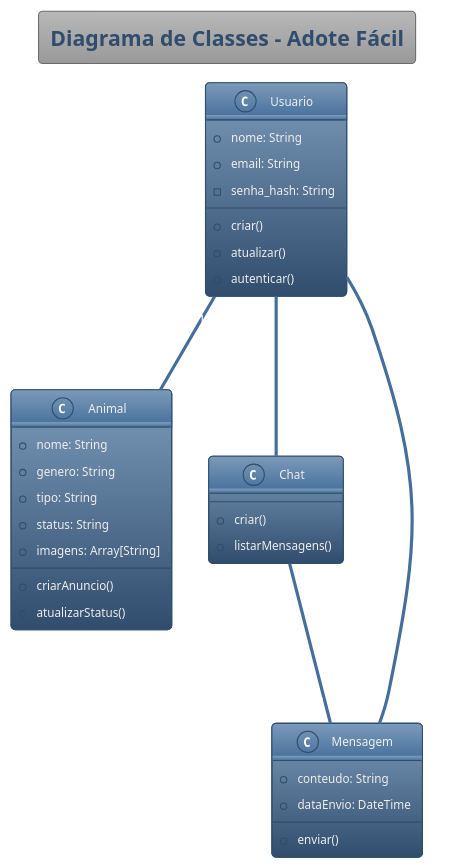
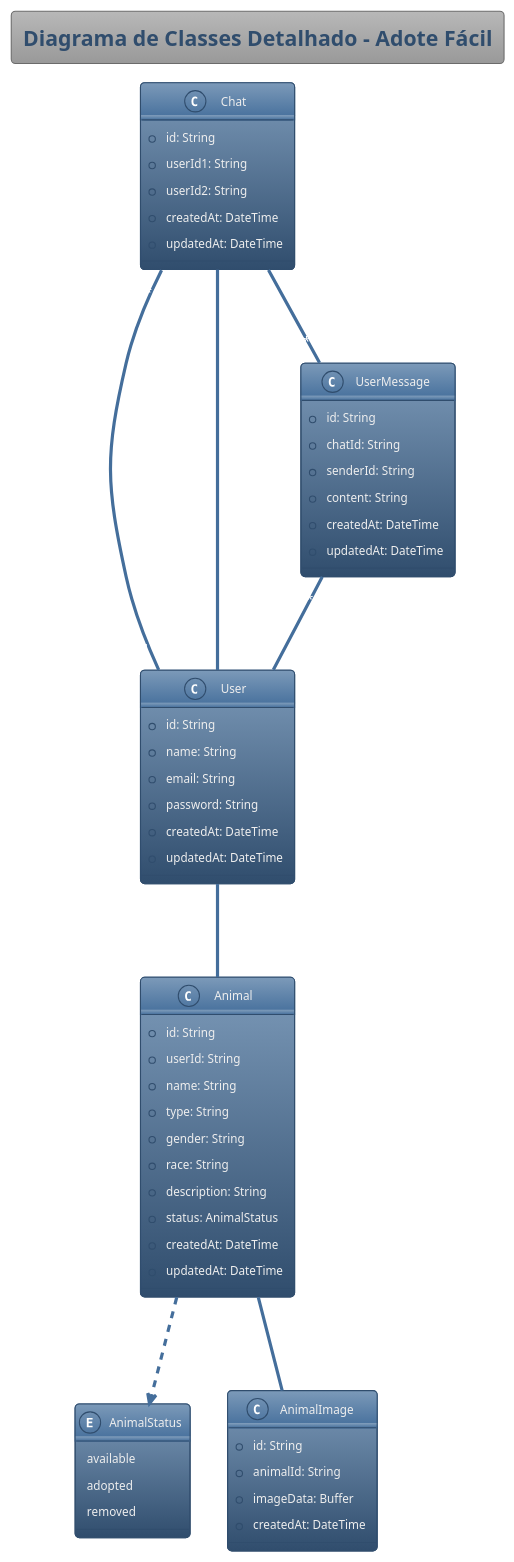
The diagram in diagramas/classes.plantuml (Vivian-Duarte/adote-facil), drawn with PlantUML before and after one commit.

```diff
--- a/diagramas/classes.plantuml
+++ b/diagramas/classes.plantuml
@@ -1,46 +1,70 @@
 @startuml
-title Diagrama de Classes - Adote Fácil
+
+title Diagrama de Classes Detalhado - Adote Fácil
 
 !theme spacelab
 
-class Usuario {
-  + nome: String
-  + email: String
-  - senha_hash: String
-  --
-  + criar()
-  + atualizar()
-  + autenticar()
+enum AnimalStatus {
+  available
+  adopted
+  removed
+}
+class User {
+  +id: String
+  +name: String
+  +email: String
+  +password: String
+  +createdAt: DateTime
+  +updatedAt: DateTime
 }
 
 class Animal {
-  + nome: String
-  + genero: String
-  + tipo: String
-  + status: String
-  + imagens: Array[String]
-  --
-  + criarAnuncio()
-  + atualizarStatus()
+  +id: String
+  +userId: String
+  +name: String
+  +type: String
+  +gender: String
+  ' Atributos opcionais, conforme a nota no diagrama
+  +race: String
+  +description: String
+  +status: AnimalStatus
+  +createdAt: DateTime
+  +updatedAt: DateTime
+}
+
+class AnimalImage {
+  +id: String
+  +animalId: String
+  +imageData: Buffer
+  +createdAt: DateTime
 }
 
 class Chat {
-  --
-  + criar()
-  + listarMensagens()
+  +id: String
+  +userId1: String
+  +userId2: String
+  +createdAt: DateTime
+  +updatedAt: DateTime
 }
 
-class Mensagem {
-  + conteudo: String
-  + dataEnvio: DateTime
-  --
-  + enviar()
+class UserMessage {
+  +id: String
+  +chatId: String
+  +senderId: String
+  +content: String
+  +createdAt: DateTime
+  +updatedAt: DateTime
 }
 
+User "1" -- "0..*" Animal : dono
 
-Usuario "1" -- "*" Animal : "publica"
-Usuario "2..*" -- "1" Chat : "participa em"
-Chat "1" -- "*" Mensagem : "contém"
-Usuario "1" -- "*" Mensagem : "envia"
+Animal "1" -- "0..*" AnimalImage : imagens
+
+Animal ..> AnimalStatus
+
+Chat "1" -- "1..*" UserMessage : mensagens
+UserMessage "0..*" -- "1" User : sender
+Chat "0..*" -- "1" User : user1
+Chat "0..*" -- "1" User : user2
 
 @enduml
```
